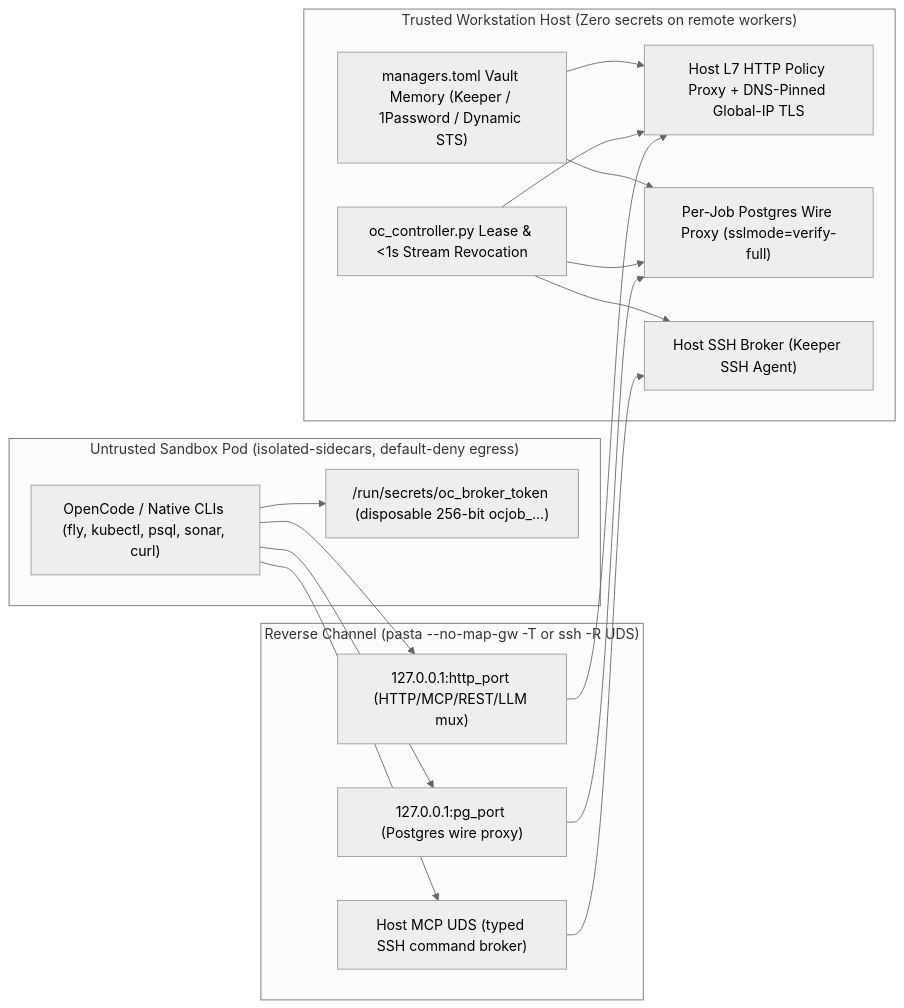
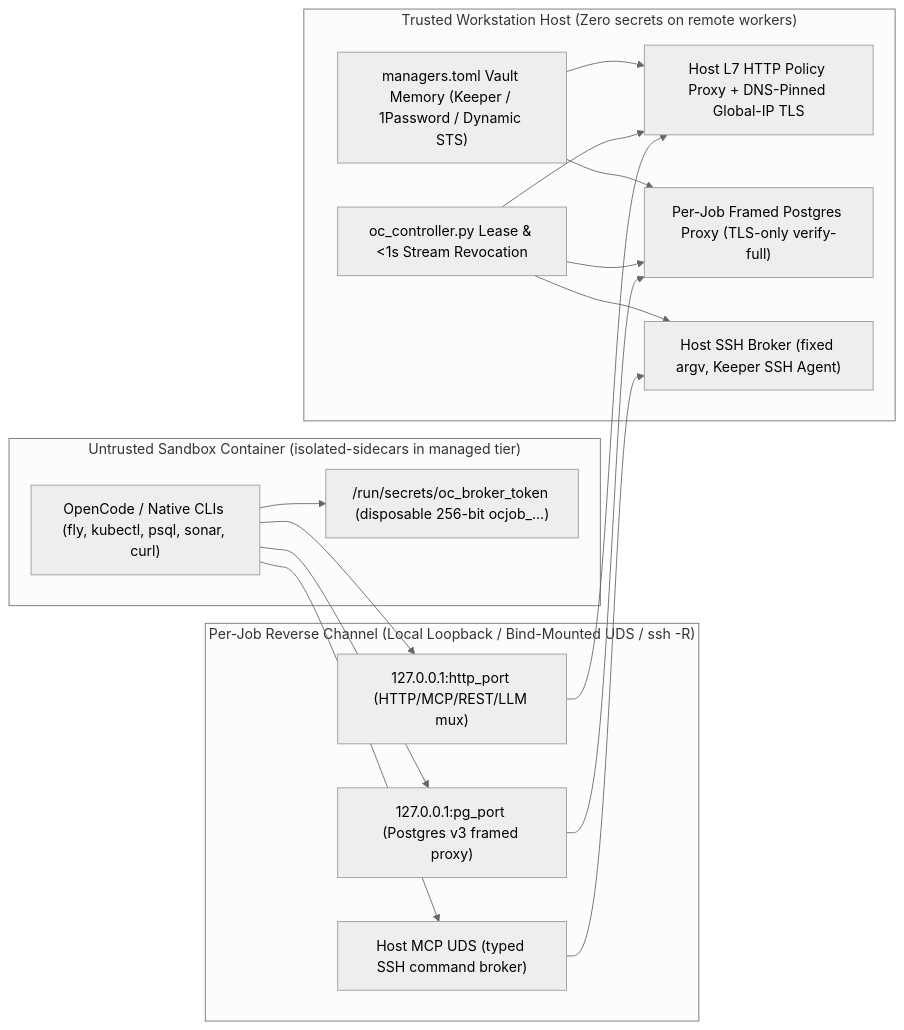
One commit to gorban/opencode-sandbox changed the diagram in docs/prds/prd_l1.md. Above: the diagram before and after it, drawn with Mermaid (neutral theme). The commit also changed other lines of this file, not shown here.

````diff
--- a/docs/prds/prd_l1.md
+++ b/docs/prds/prd_l1.md
@@ -68,31 +83,31 @@
 ```mermaid
 flowchart LR
-    subgraph SB["Untrusted Sandbox Pod (isolated-sidecars, default-deny egress)"]
+    subgraph SB["Untrusted Sandbox Container (isolated-sidecars in managed tier)"]
         OC["OpenCode / Native CLIs (fly, kubectl, psql, sonar, curl)"]
         TOK["/run/secrets/oc_broker_token (disposable 256-bit ocjob_...)"]
         OC --> TOK
     end
 
-    subgraph CH["Reverse Channel (pasta --no-map-gw -T or ssh -R UDS)"]
+    subgraph CH["Per-Job Reverse Channel (Local Loopback / Bind-Mounted UDS / ssh -R)"]
         HTTP["127.0.0.1:http_port (HTTP/MCP/REST/LLM mux)"]
-        PG["127.0.0.1:pg_port (Postgres wire proxy)"]
+        PG["127.0.0.1:pg_port (Postgres v3 framed proxy)"]
         SSH["Host MCP UDS (typed SSH command broker)"]
     end
 
     subgraph HOST["Trusted Workstation Host (Zero secrets on remote workers)"]
         BRK["Host L7 HTTP Policy Proxy + DNS-Pinned Global-IP TLS"]
-        PGP["Per-Job Postgres Wire Proxy (sslmode=verify-full)"]
-        SSHB["Host SSH Broker (Keeper SSH Agent)"]
+        PGP["Per-Job Framed Postgres Proxy (TLS-only verify-full)"]
+        SSHB["Host SSH Broker (fixed argv, Keeper SSH Agent)"]
         CTL["oc_controller.py Lease & <1s Stream Revocation"]
         VLT["managers.toml Vault Memory (Keeper / 1Password / Dynamic STS)"]
         VLT --> BRK
         VLT --> PGP
         CTL --> BRK
         CTL --> PGP
         CTL --> SSHB
     end
 
     OC --> HTTP --> BRK
     OC --> PG --> PGP
     OC --> SSH --> SSHB
 ```
````
